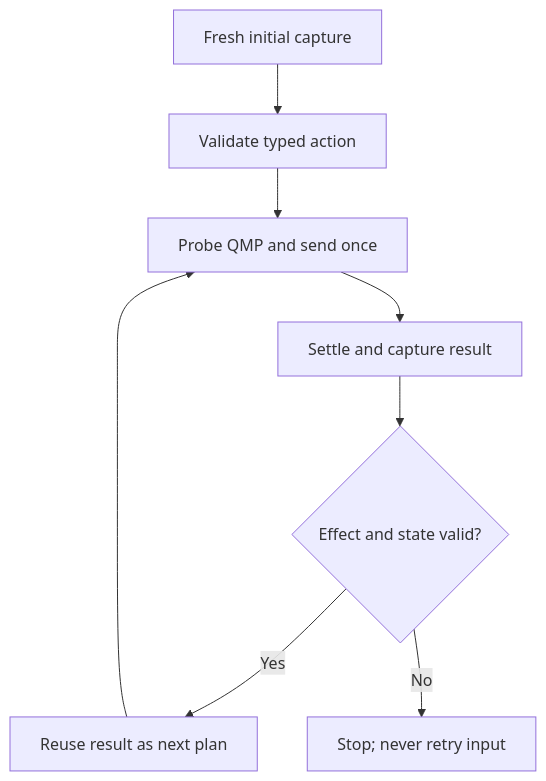
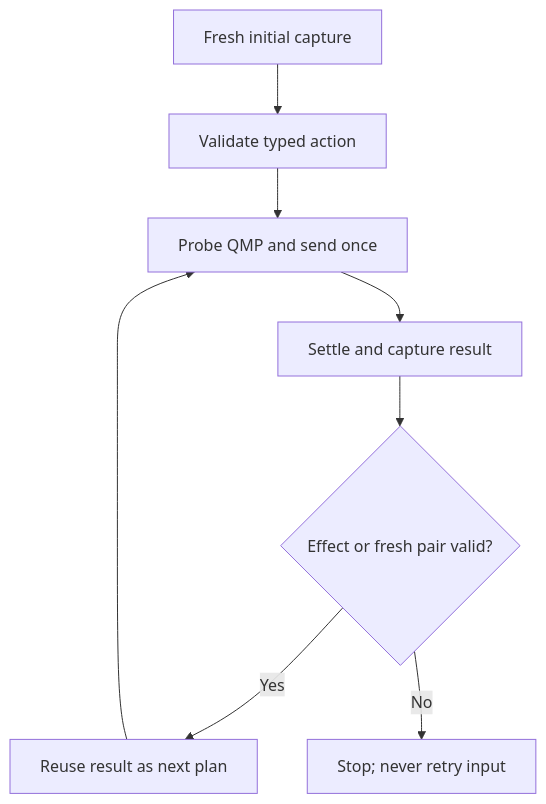
Before and after one commit to xSAR-research/qmp-qemu-socket: the diagram in docs/architecture.md, drawn with Mermaid. The commit also changed other lines of this file and 31 other files, not shown here.

````diff
--- a/docs/architecture.md
+++ b/docs/architecture.md
@@ -33,10 +38,10 @@
 ```mermaid
 flowchart TD
     A["Fresh initial capture"] --> B["Validate typed action"]
     B --> C["Probe QMP and send once"]
     C --> D["Settle and capture result"]
-    D --> E{"Effect and state valid?"}
+    D --> E{"Effect or fresh pair valid?"}
     E -->|"Yes"| F["Reuse result as next plan"]
     E -->|"No"| G["Stop; never retry input"]
     F --> C
 ```
````
